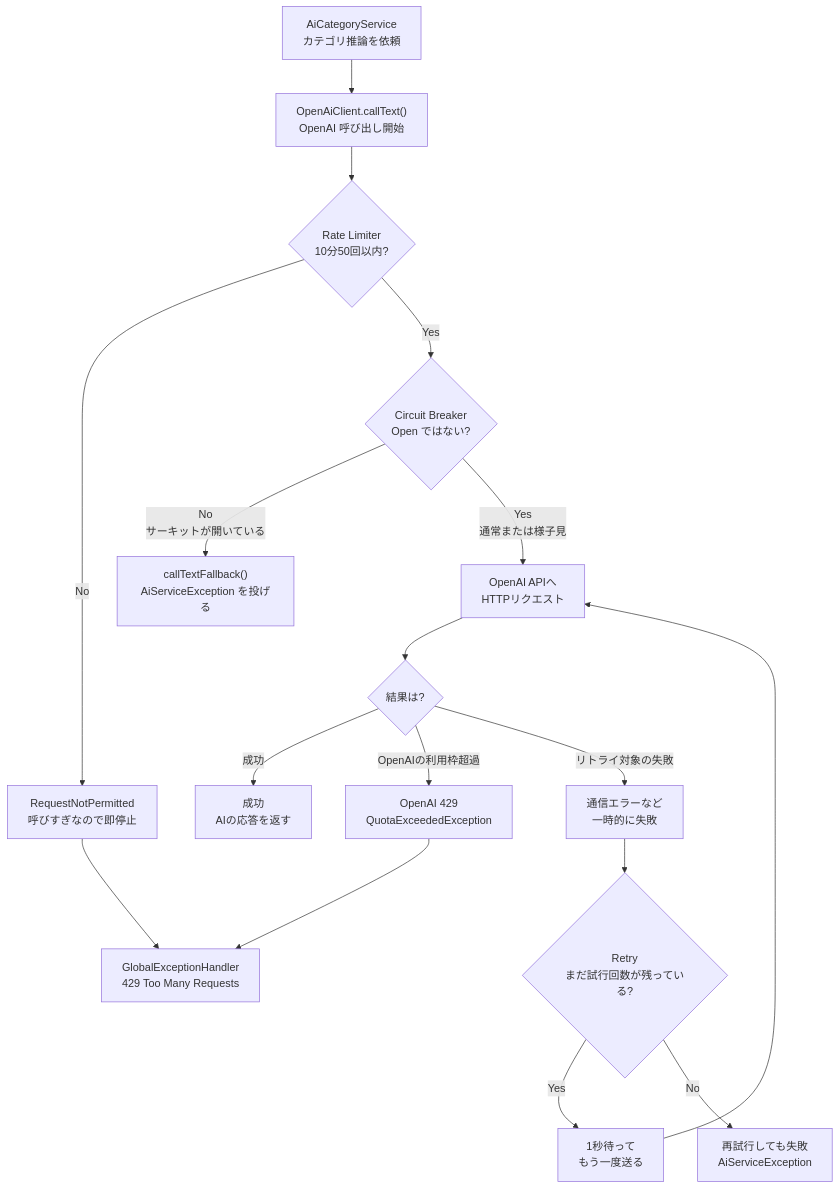
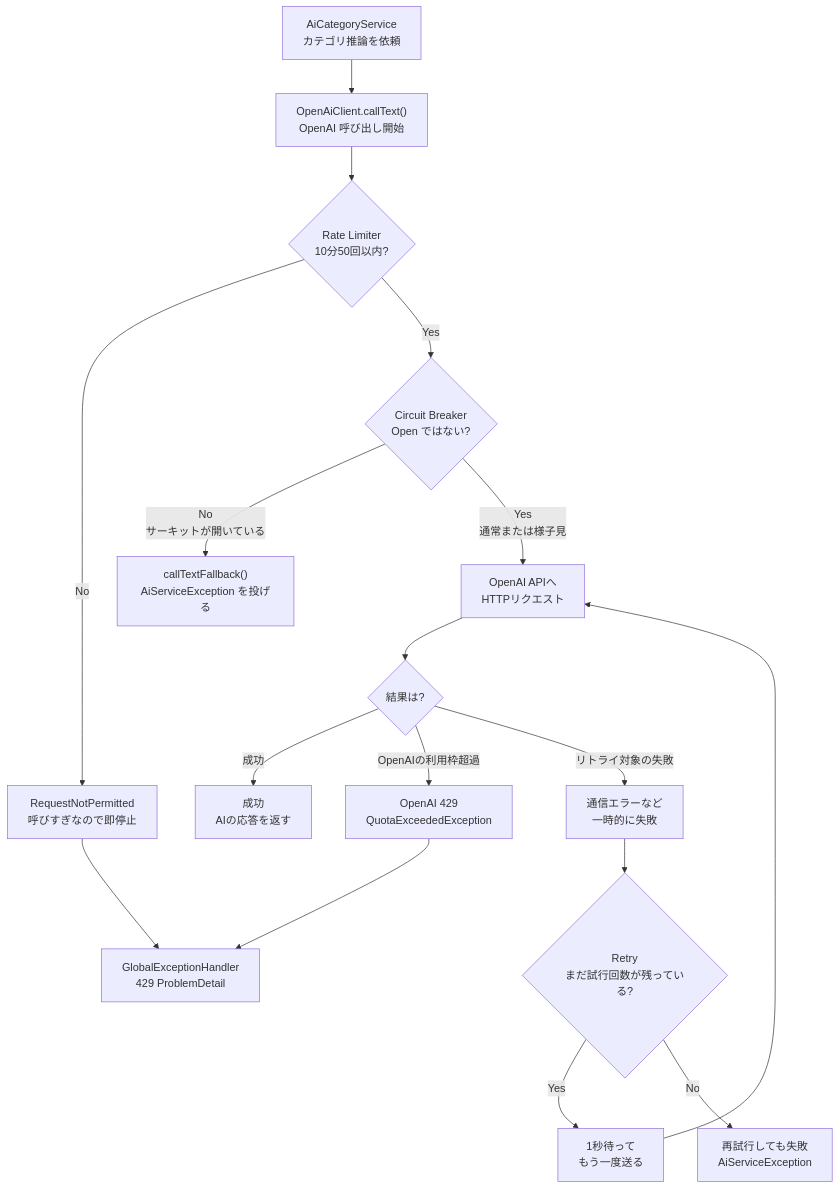
One commit to DRS22DownForce/SmartHouseholdAccountBook changed the fourth of 6 diagrams in docs/backend/05-operations.md. Above: the diagram before and after it, drawn with Mermaid. The commit also changed other lines of this file and 34 other files, not shown here.

````diff
--- a/docs/backend/05-operations.md
+++ b/docs/backend/05-operations.md
@@ -481,34 +481,34 @@
 ```mermaid
 flowchart TD
     A["AiCategoryService<br/>カテゴリ推論を依頼"]
     B["OpenAiClient.callText()<br/>OpenAI 呼び出し開始"]
 
     R{"Rate Limiter<br/>10分50回以内?"}
     R429["RequestNotPermitted<br/>呼びすぎなので即停止"]
-    H429["GlobalExceptionHandler<br/>429 Too Many Requests"]
+    H429["GlobalExceptionHandler<br/>429 ProblemDetail"]
 
     C{"Circuit Breaker<br/>Open ではない?"}
     Fallback["callTextFallback()<br/>AiServiceException を投げる"]
 
     H["OpenAI APIへ<br/>HTTPリクエスト"]
     Result{"結果は?"}
     Success["成功<br/>AIの応答を返す"]
 
     Quota["OpenAI 429<br/>QuotaExceededException"]
     TempError["通信エラーなど<br/>一時的に失敗"]
     Retry{"Retry<br/>まだ試行回数が残っている?"}
     Wait["1秒待って<br/>もう一度送る"]
     Failed["再試行しても失敗<br/>AiServiceException"]
 
     A --> B --> R
     R -- "No" --> R429 --> H429
     R -- "Yes" --> C
     C -- "No<br/>サーキットが開いている" --> Fallback
     C -- "Yes<br/>通常または様子見" --> H
     H --> Result
     Result -- "成功" --> Success
     Result -- "OpenAIの利用枠超過" --> Quota --> H429
     Result -- "リトライ対象の失敗" --> TempError --> Retry
     Retry -- "Yes" --> Wait --> H
     Retry -- "No" --> Failed
 ```
````
